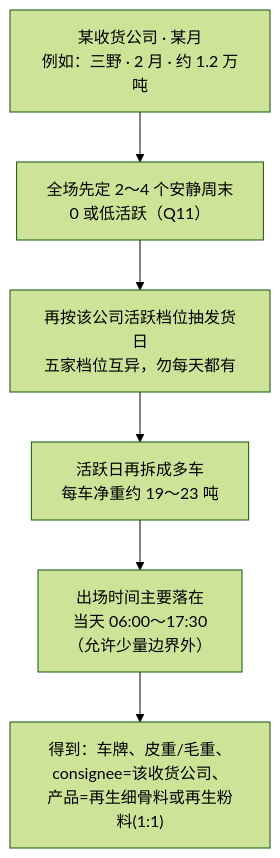
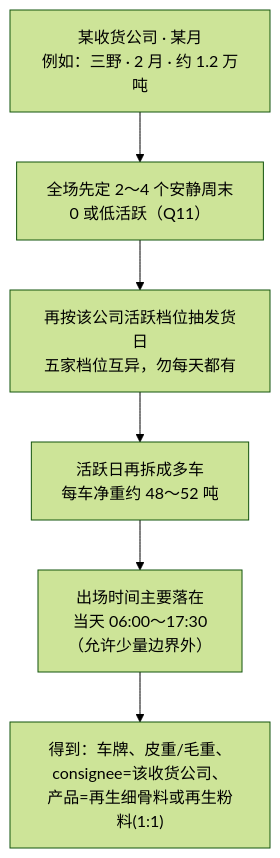
The second of 4 diagrams in docs/2026-09-07-sand-product-transport-addbatch-mock/05-流程总览图.md (feewillowherb/MaterialMonospec), drawn with Mermaid (forest theme) before and after one commit. The commit also changed other lines of this file and 17 other files, not shown here.

````diff
--- a/docs/2026-09-07-sand-product-transport-addbatch-mock/05-流程总览图.md
+++ b/docs/2026-09-07-sand-product-transport-addbatch-mock/05-流程总览图.md
@@ -42,8 +42,8 @@
 ```mermaid
 flowchart TD
   M["某收货公司 · 某月<br/>例如：三野 · 2 月 · 约 1.2 万吨"] --> Q["全场先定 2～4 个安静周末<br/>0 或低活跃（Q11）"]
   Q --> D["再按该公司活跃档位抽发货日<br/>五家档位互异，勿每天都有"]
-  D --> T["活跃日再拆成多车<br/>每车净重约 19～23 吨"]
+  D --> T["活跃日再拆成多车<br/>每车净重约 48～52 吨"]
   T --> H["出场时间主要落在<br/>当天 06:00～17:30<br/>（允许少量边界外）"]
   H --> R["得到：车牌、皮重/毛重、<br/>consignee=该收货公司、<br/>产品=再生细骨料或再生粉料(1:1)"]
 ```
````
